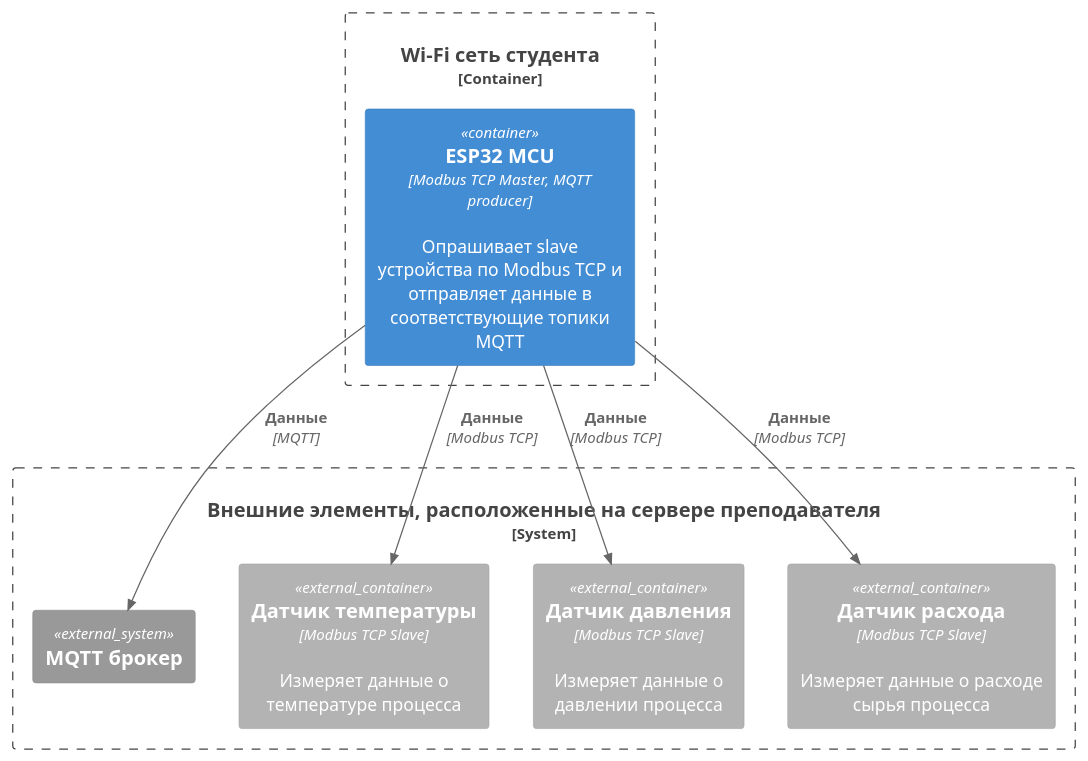
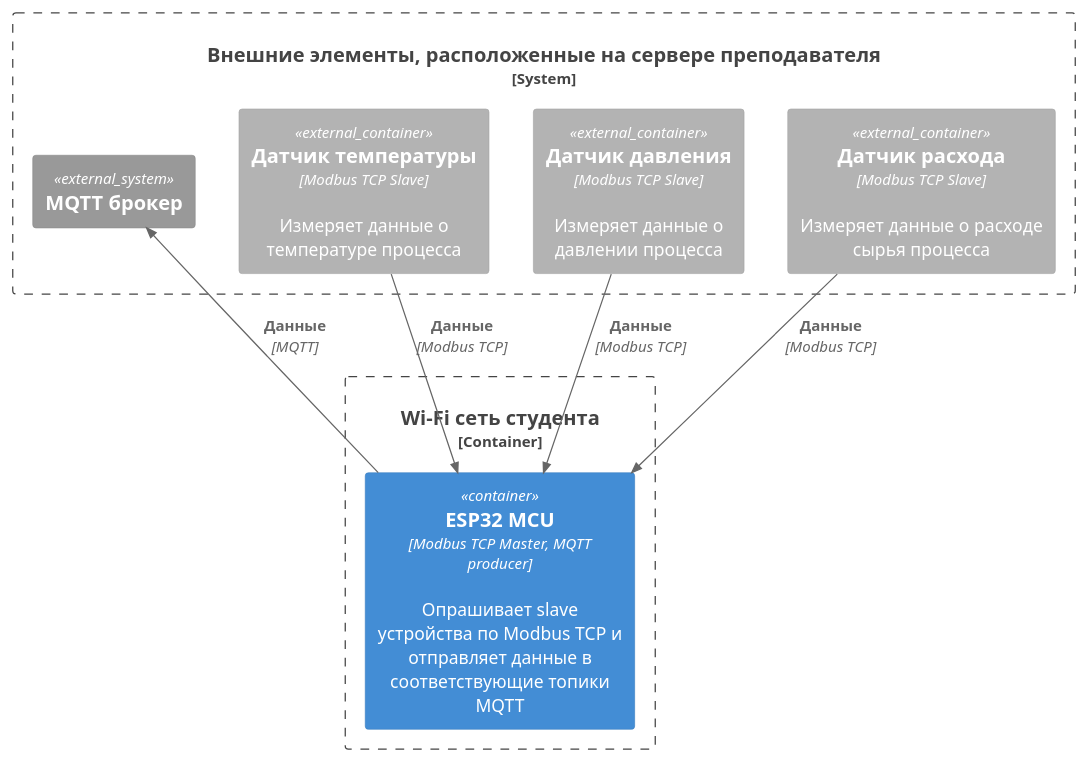
One commit to khudaibirdin/university changed the diagram in micropython/labs/lab_10/static/scheme.puml. Above: the diagram before and after it, drawn with PlantUML. The commit also changed 2 other files, not shown here.

```diff
--- a/micropython/labs/lab_10/static/scheme.puml
+++ b/micropython/labs/lab_10/static/scheme.puml
@@ -1,22 +1,22 @@
 @startuml Scheme
 !include <C4/C4_Container>
 
 Container_Boundary(esp32_area, "Wi-Fi сеть студента"){
     Container(esp32, "ESP32 MCU", "Modbus TCP Master, MQTT producer", "Опрашивает slave устройства по Modbus TCP и отправляет данные в соответствующие топики MQTT")
 }
 
 System_Boundary(nodes_area, "Внешние элементы, расположенные на сервере преподавателя") {
     Container_Ext(node1, "Датчик температуры", "Modbus TCP Slave", "Измеряет данные о температуре процесса")
     Container_Ext(node2, "Датчик давления", "Modbus TCP Slave", "Измеряет данные о давлении процесса")
     Container_Ext(node3, "Датчик расхода", "Modbus TCP Slave", "Измеряет данные о расходе сырья процесса")
 
     System_Ext(mqtt, "MQTT брокер")
 }
 
-Rel(esp32, node1, "Данные", "Modbus TCP")
-Rel(esp32, node2, "Данные", "Modbus TCP")
-Rel(esp32, node3, "Данные", "Modbus TCP")
+Rel(node1, esp32, "Данные", "Modbus TCP")
+Rel(node2, esp32, "Данные", "Modbus TCP")
+Rel(node3, esp32, "Данные", "Modbus TCP")
 
 Rel_R(esp32, mqtt, "Данные", "MQTT")
 
 @enduml
```
